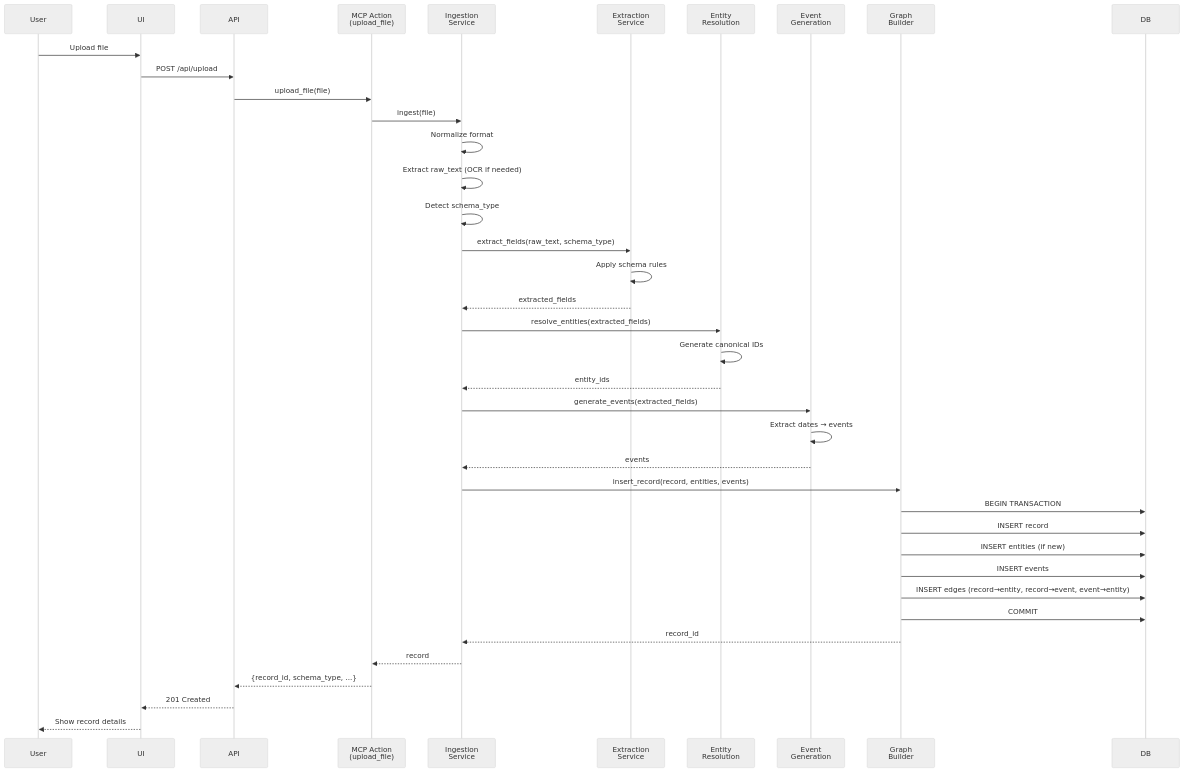
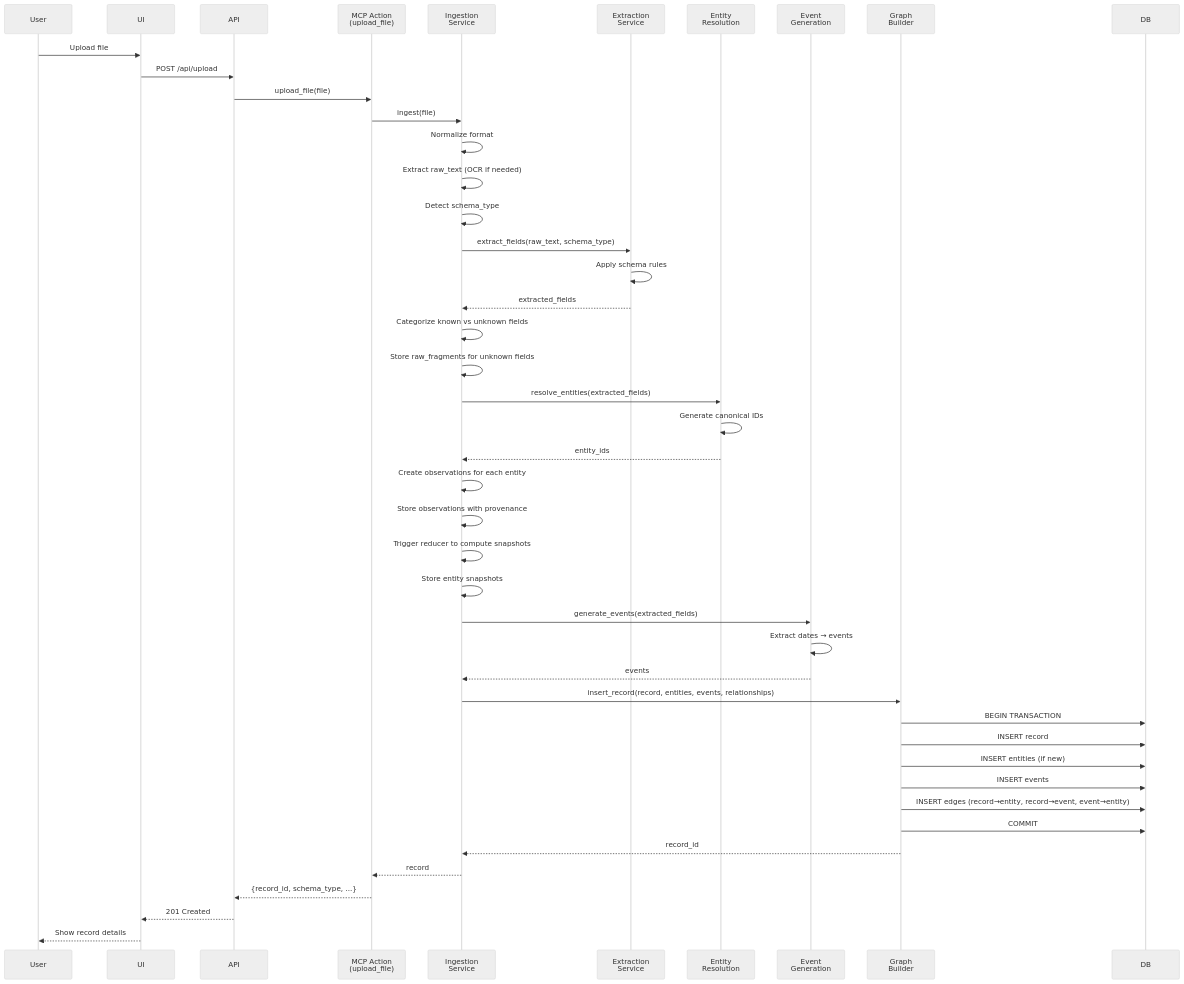
One commit to markmhendrickson/neotoma changed the fourth of 7 diagrams in docs/architecture/architecture.md. Above: the diagram before and after it, drawn with Mermaid. The commit also changed other lines of this file and 58 other files, not shown here.

````diff
--- a/docs/architecture/architecture.md
+++ b/docs/architecture/architecture.md
@@ -284,49 +526,57 @@
 ```mermaid
 %%{init: {'theme':'neutral'}}%%
 sequenceDiagram
     participant User
     participant UI
     participant API
     participant MCP_Action as MCP Action<br/>(upload_file)
     participant Ingestion as Ingestion<br/>Service
     participant Extraction as Extraction<br/>Service
     participant EntityRes as Entity<br/>Resolution
     participant EventGen as Event<br/>Generation
     participant Graph as Graph<br/>Builder
     participant DB
-    
+
     User->>UI: Upload file
     UI->>API: POST /api/upload
     API->>MCP_Action: upload_file(file)
-    
+
     MCP_Action->>Ingestion: ingest(file)
     Ingestion->>Ingestion: Normalize format
     Ingestion->>Ingestion: Extract raw_text (OCR if needed)
     Ingestion->>Ingestion: Detect schema_type
-    
+
     Ingestion->>Extraction: extract_fields(raw_text, schema_type)
     Extraction->>Extraction: Apply schema rules
     Extraction-->>Ingestion: extracted_fields
-    
+
+    Ingestion->>Ingestion: Categorize known vs unknown fields
+    Ingestion->>Ingestion: Store raw_fragments for unknown fields
+
     Ingestion->>EntityRes: resolve_entities(extracted_fields)
     EntityRes->>EntityRes: Generate canonical IDs
     EntityRes-->>Ingestion: entity_ids
-    
+
+    Ingestion->>Ingestion: Create observations for each entity
+    Ingestion->>Ingestion: Store observations with provenance
+    Ingestion->>Ingestion: Trigger reducer to compute snapshots
+    Ingestion->>Ingestion: Store entity snapshots
+
     Ingestion->>EventGen: generate_events(extracted_fields)
     EventGen->>EventGen: Extract dates → events
     EventGen-->>Ingestion: events
-    
-    Ingestion->>Graph: insert_record(record, entities, events)
+
+    Ingestion->>Graph: insert_record(record, entities, events, relationships)
     Graph->>DB: BEGIN TRANSACTION
     Graph->>DB: INSERT record
     Graph->>DB: INSERT entities (if new)
     Graph->>DB: INSERT events
     Graph->>DB: INSERT edges (record→entity, record→event, event→entity)
     Graph->>DB: COMMIT
     Graph-->>Ingestion: record_id
-    
+
     Ingestion-->>MCP_Action: record
     MCP_Action-->>API: {record_id, schema_type, ...}
     API-->>UI: 201 Created
     UI-->>User: Show record details
 ```
````
